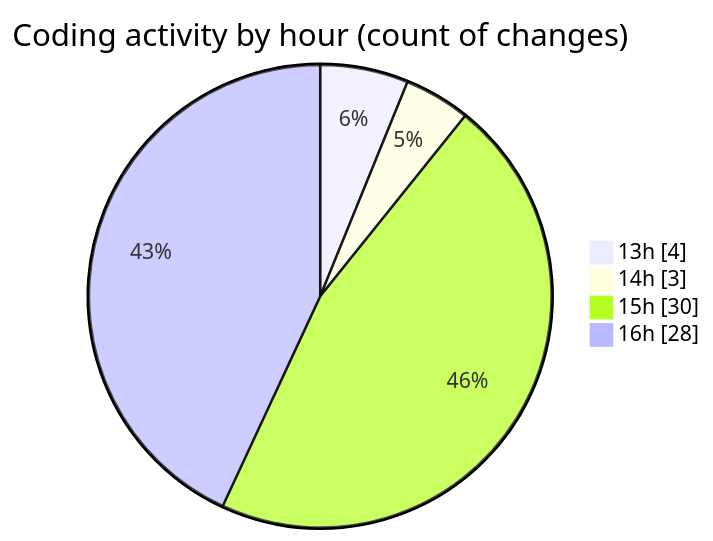
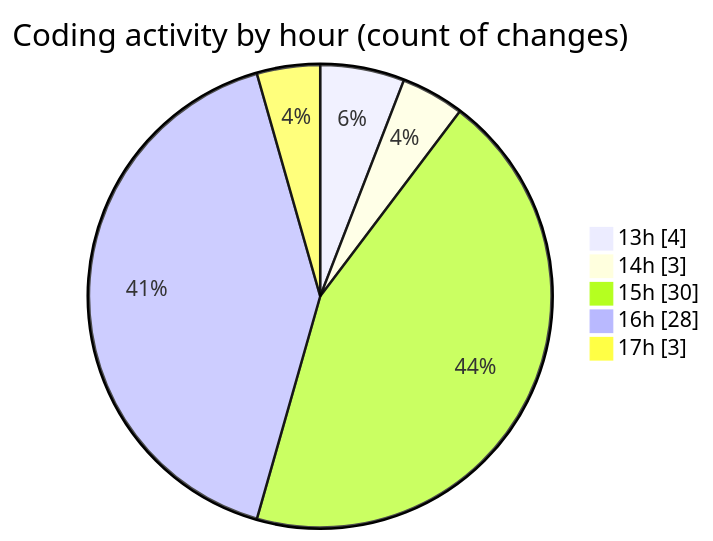
Before and after one commit to EIIisD/code-tracking: the second of 2 diagrams in 2025-08-11/ribbon/README.md, drawn with Mermaid. The commit also changed other lines of this file and 1 other file, not shown here.

````diff
--- a/2025-08-11/ribbon/README.md
+++ b/2025-08-11/ribbon/README.md
@@ -49,8 +49,9 @@
 ```mermaid
 pie showData
 title Coding activity by hour (count of changes)
 "13h" : 4
 "14h" : 3
 "15h" : 30
 "16h" : 28
+"17h" : 3
 ```
````
